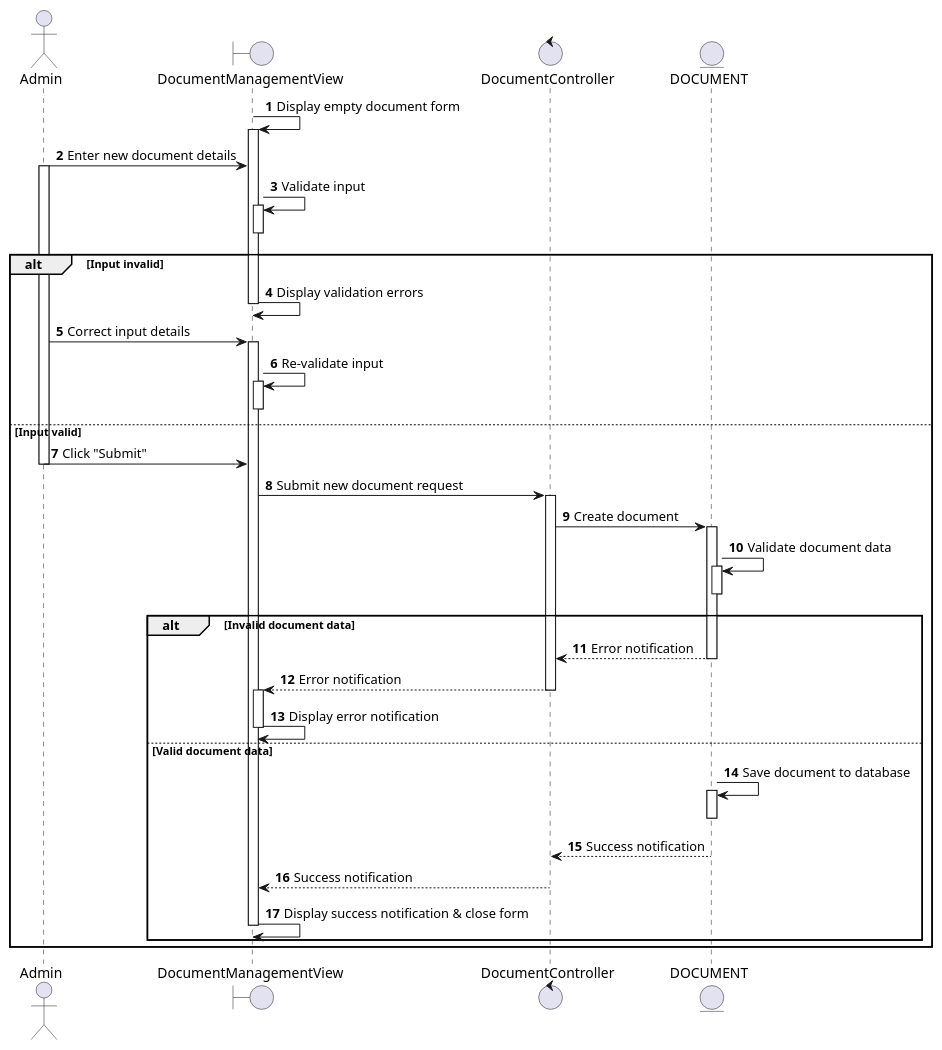
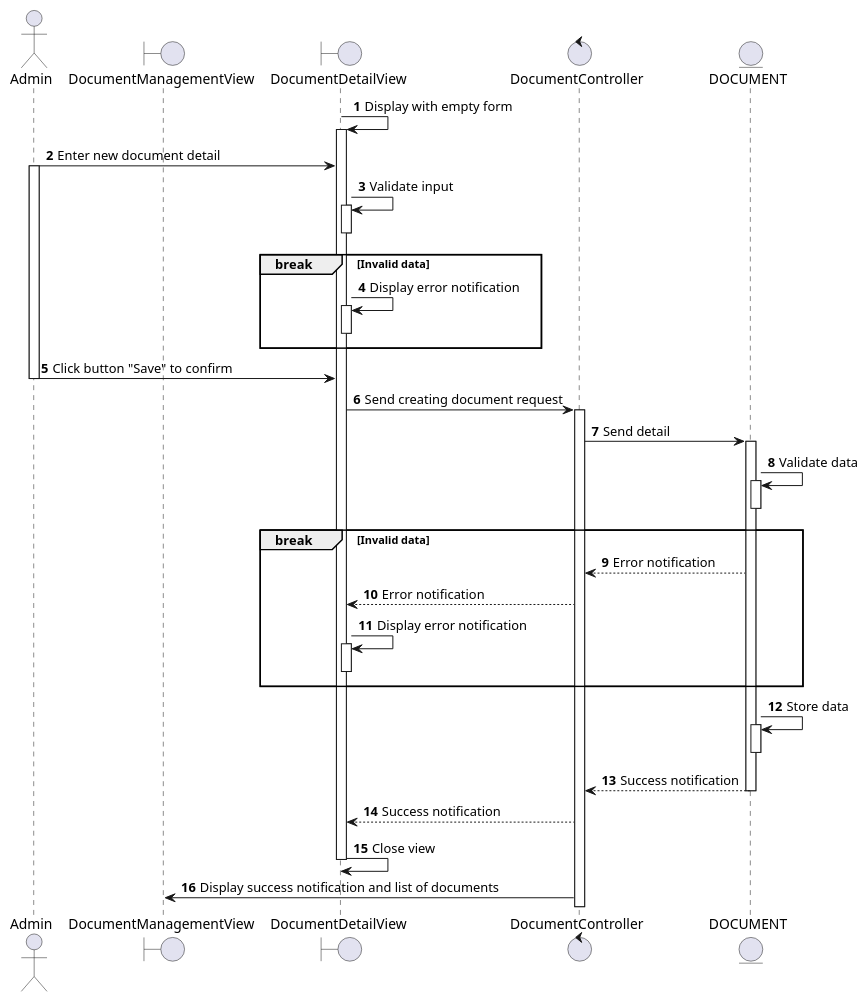
Before and after one commit to electricilies/electricilies.github.io: the diagram in docs/docs/sequence/adjust-document/create-document.md, drawn with PlantUML. The commit also changed 22 other files, not shown here.

````diff
--- a/docs/docs/sequence/adjust-document/create-document.md
+++ b/docs/docs/sequence/adjust-document/create-document.md
@@ -3,58 +3,50 @@
 ```plantuml
 @startuml
 autonumber
 
 actor Admin as A
 boundary DocumentManagementView as DMV
+boundary DocumentDetailView as DDV
 control DocumentController as DC
 entity DOCUMENT as D
 
-DMV -> DMV: Display empty document form
-activate DMV
-A -> DMV: Enter new document details
+DDV -> DDV: Display with empty form
+activate DDV
+A -> DDV: Enter new document detail
 activate A
-DMV -> DMV: Validate input
-activate DMV
-deactivate DMV
-alt Input invalid
-    DMV -> DMV: Display validation errors
-    deactivate DMV
-    A -> DMV: Correct input details
-    activate DMV
-    DMV -> DMV: Re-validate input
-    activate DMV
-    deactivate DMV
-else Input valid
-    A -> DMV: Click "Submit"
-    deactivate A
-    DMV -> DC: Submit new document request
-    deactivate A
-    activate DC
-    DC -> D: Create document
-    activate D
-    D -> D: Validate document data
-    activate D
-    deactivate D
-    alt Invalid document data
-        DC <-- D: Error notification
-        deactivate D
-        DMV <-- DC: Error notification
-        deactivate DC
-        activate DMV
-        DMV -> DMV: Display error notification
-        deactivate DMV
-    else Valid document data
-        D -> D: Save document to database
-        activate D
-        deactivate D
-        DC <-- D: Success notification
-        deactivate D
-        DMV <-- DC: Success notification
-        deactivate DC
-        DMV -> DMV: Display success notification & close form
-        deactivate DMV
-    end
-    end
+DDV -> DDV: Validate input
+activate DDV
+deactivate DDV
+break Invalid data
+  DDV -> DDV: Display error notification
+  activate DDV
+  deactivate DDV
+end
+A -> DDV: Click button "Save" to confirm
+deactivate A
+DDV -> DC: Send creating document request
+activate DC
+DC -> D: Send detail
+activate D
+D -> D: Validate data
+activate D
+deactivate D
+break Invalid data
+  DC <-- D: Error notification
+  DDV <-- DC: Error notification
+  DDV -> DDV: Display error notification
+  activate DDV
+  deactivate DDV
+end
+D -> D: Store data
+activate D
+deactivate D
+DC <-- D: Success notification
+deactivate D
+DDV <-- DC: Success notification
+DDV -> DDV: Close view
+deactivate DDV
+DMV <- DC: Display success notification and list of documents
 
 @enduml
 ```
````
